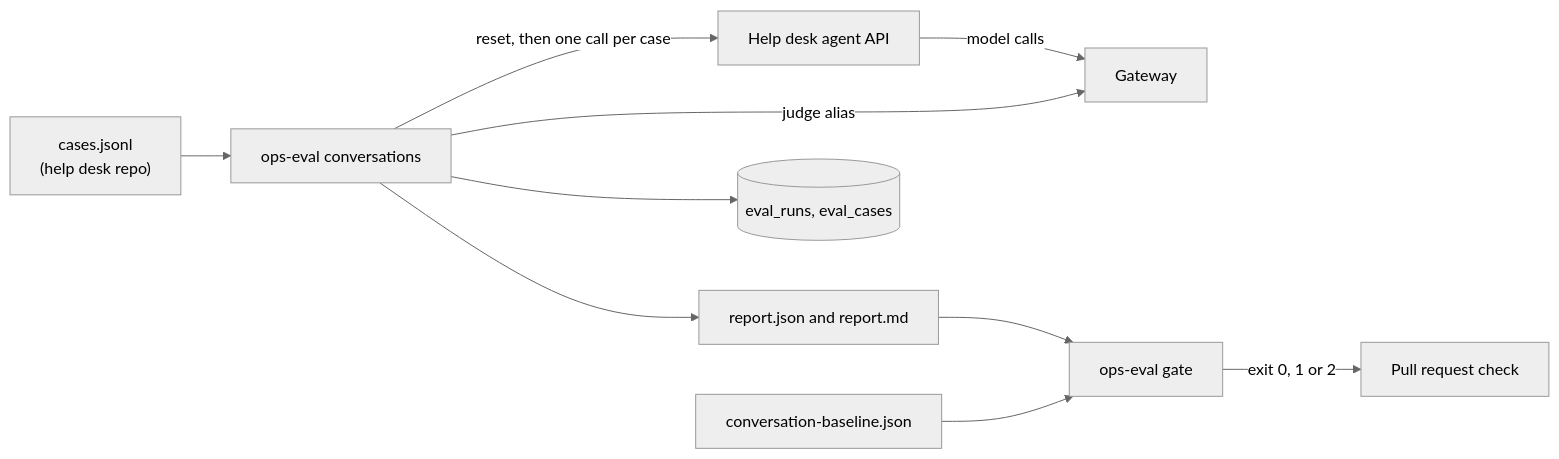
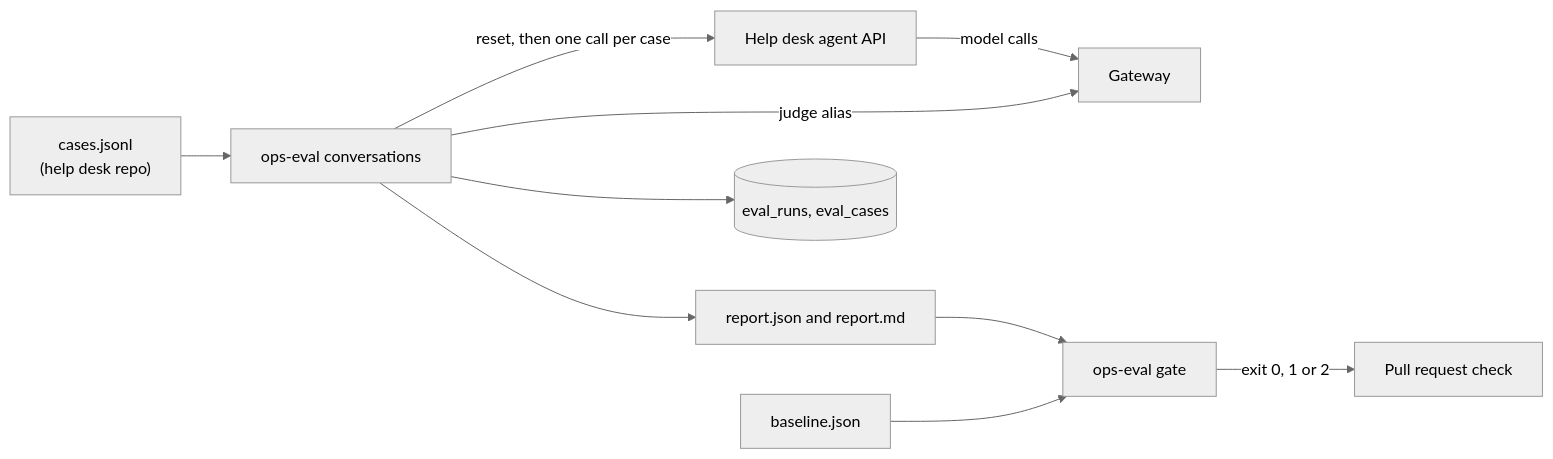
Before and after one commit to masudur-rahman-musa/llmops-console: the second of 2 diagrams in ARCHITECTURE.md, drawn with Mermaid (neutral theme). The commit also changed other lines of this file and 14 other files, not shown here.

````diff
--- a/ARCHITECTURE.md
+++ b/ARCHITECTURE.md
@@ -160,12 +160,12 @@
 ```mermaid
 flowchart LR
     cases["cases.jsonl<br/>(help desk repo)"] --> run["ops-eval conversations"]
     run -->|"reset, then one call per case"| target["Help desk agent API"]
     target -->|"model calls"| gw["Gateway"]
     run -->|"judge alias"| gw
     run --> report["report.json and report.md"]
     run --> pg[("eval_runs, eval_cases")]
     report --> gate["ops-eval gate"]
-    base["conversation-baseline.json"] --> gate
+    base["baseline.json"] --> gate
     gate -->|"exit 0, 1 or 2"| ci["Pull request check"]
 ```
````
